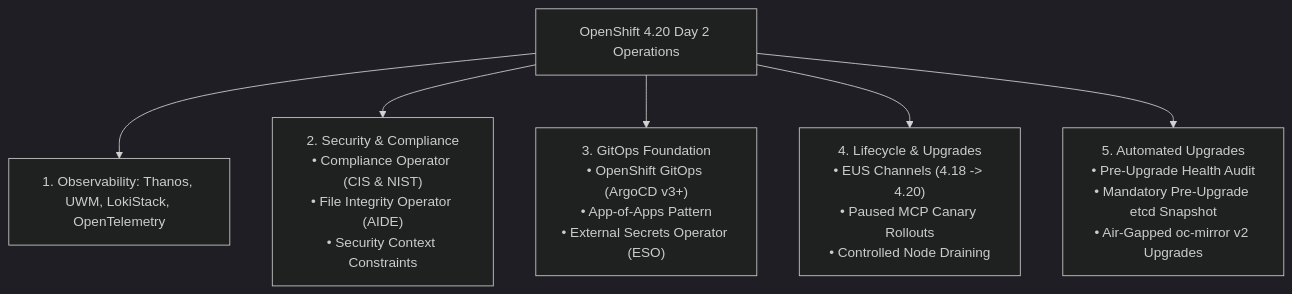
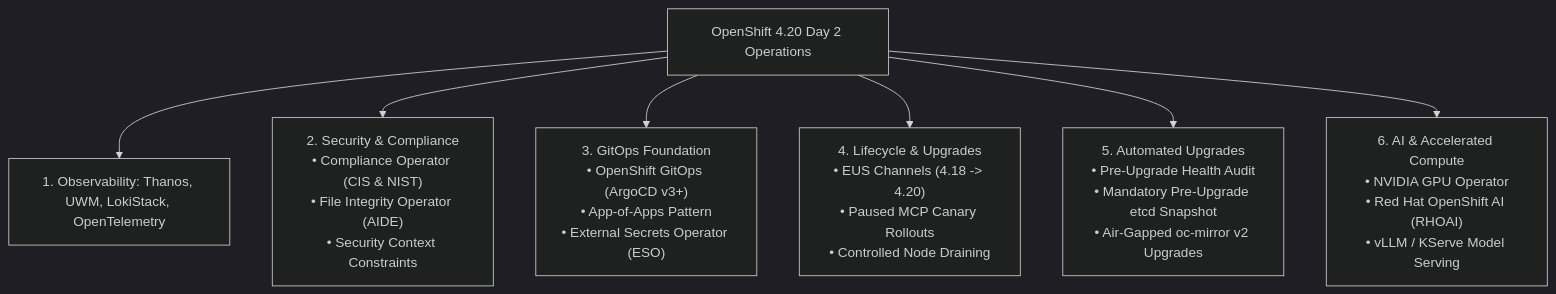
Before and after one commit to nubenetes/openshift-4-20-installation-day0-day2: the diagram in docs/07-day2-operations/README.md, drawn with Mermaid (dark theme). The commit also changed other lines of this file and 20 other files, not shown here.

Commit message:
feat(day2): add GitOps App-of-Apps, OpenShift Virt, RHOAI, automated DR drill, and cert rotation

````diff
--- a/docs/07-day2-operations/README.md
+++ b/docs/07-day2-operations/README.md
@@ -9,8 +9,9 @@
 ```mermaid
 flowchart TD
     D2[OpenShift 4.20 Day 2 Operations] --> Obs[1. Observability: Thanos, UWM, LokiStack, OpenTelemetry]
     D2 --> Sec["2. Security & Compliance<br/>• Compliance Operator (CIS & NIST)<br/>• File Integrity Operator (AIDE)<br/>• Security Context Constraints"]
     D2 --> GitOps["3. GitOps Foundation<br/>• OpenShift GitOps (ArgoCD v3+)<br/>• App-of-Apps Pattern<br/>• External Secrets Operator (ESO)"]
     D2 --> Upgrades["4. Lifecycle & Upgrades<br/>• EUS Channels (4.18 -> 4.20)<br/>• Paused MCP Canary Rollouts<br/>• Controlled Node Draining"]
     D2 --> AutoUpgrades["5. Automated Upgrades<br/>• Pre-Upgrade Health Audit<br/>• Mandatory Pre-Upgrade etcd Snapshot<br/>• Air-Gapped oc-mirror v2 Upgrades"]
+    D2 --> AI["6. AI & Accelerated Compute<br/>• NVIDIA GPU Operator<br/>• Red Hat OpenShift AI (RHOAI)<br/>• vLLM / KServe Model Serving"]
 ```
````
